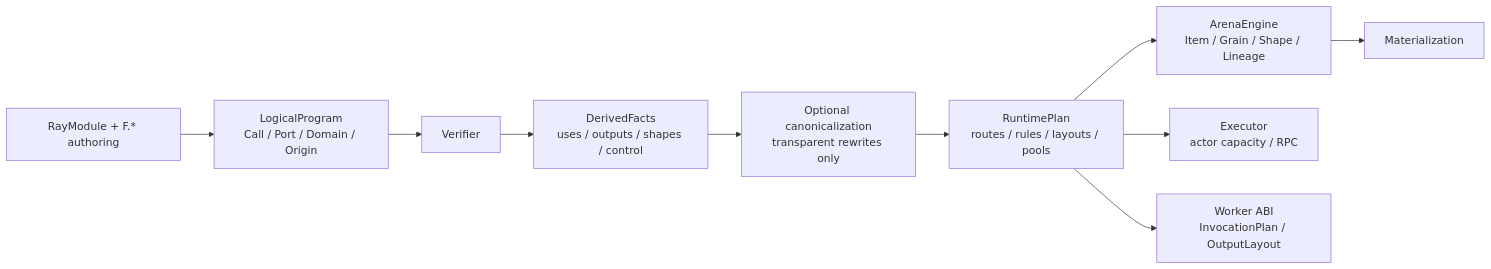
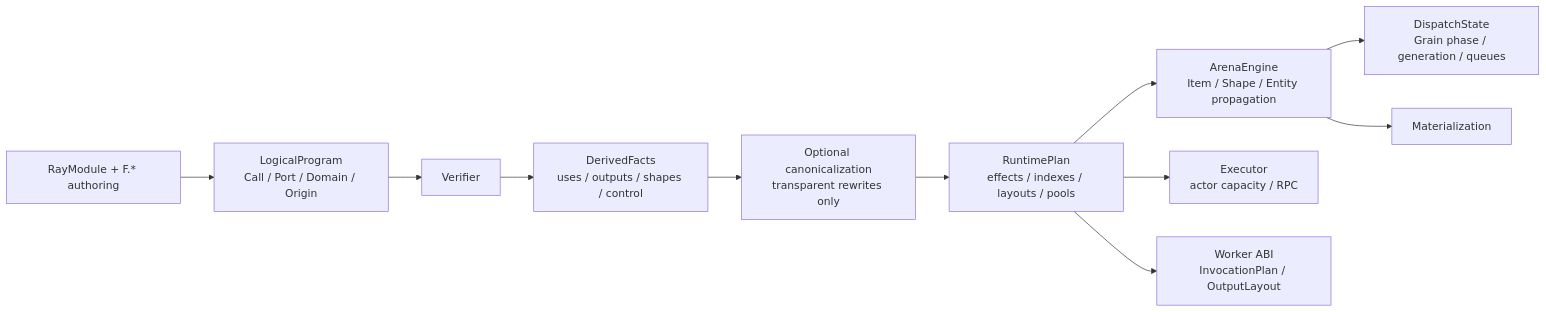
Before and after one commit to OpenDCAI/RayOrch: the diagram in docs/multigrain_v3_5.md, drawn with Mermaid. The commit also changed other lines of this file and 29 other files, not shown here.

````diff
--- a/docs/multigrain_v3_5.md
+++ b/docs/multigrain_v3_5.md
@@ -35,12 +35,13 @@
 ```mermaid
 flowchart LR
     A["RayModule + F.* authoring"] --> L["LogicalProgram<br/>Call / Port / Domain / Origin"]
     L --> V["Verifier"]
     V --> D["DerivedFacts<br/>uses / outputs / shapes / control"]
     D --> C["Optional canonicalization<br/>transparent rewrites only"]
-    C --> R["RuntimePlan<br/>routes / rules / layouts / pools"]
-    R --> E["ArenaEngine<br/>Item / Grain / Shape / Lineage"]
+    C --> R["RuntimePlan<br/>effects / indexes / layouts / pools"]
+    R --> E["ArenaEngine<br/>Item / Shape / Entity propagation"]
+    E --> Q["DispatchState<br/>Grain phase / generation / queues"]
     R --> X["Executor<br/>actor capacity / RPC"]
     R --> W["Worker ABI<br/>InvocationPlan / OutputLayout"]
     E --> M["Materialization"]
 ```
````
